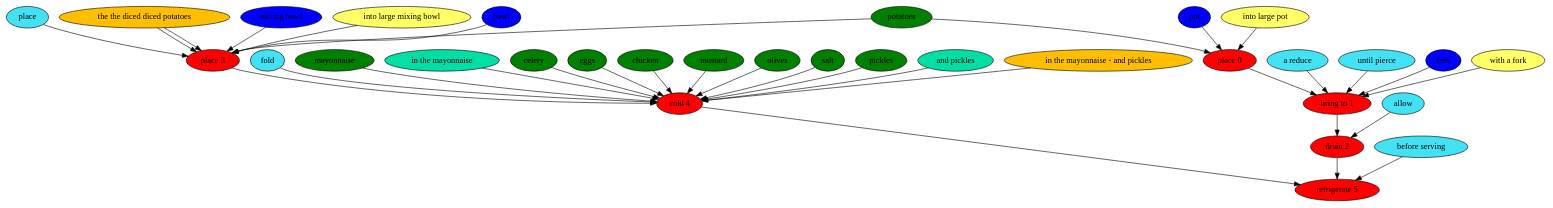
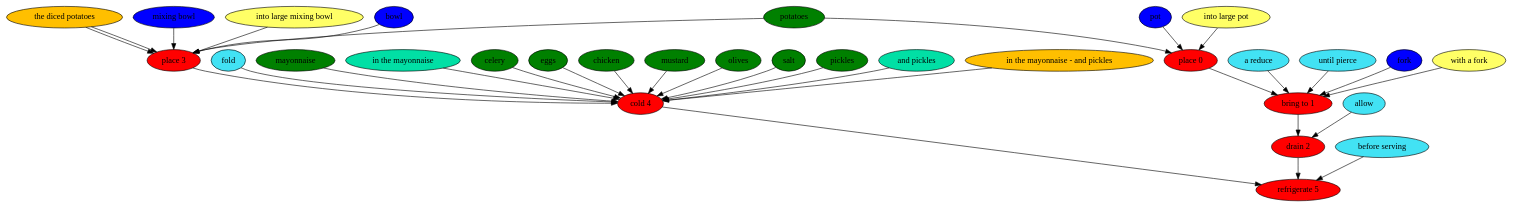
The diagram in results/paper/easy-salad-olivieh.dot (can-keklik/RecipePostagger), drawn with Graphviz before and after one commit. The commit also changed 70 other files, not shown here.

```diff
--- a/results/paper/easy-salad-olivieh.dot
+++ b/results/paper/easy-salad-olivieh.dot
@@ -1,69 +1,67 @@
 digraph G {
 "place 0" [style=filled, fillcolor=red];
 potatoes [style=filled, fillcolor=green];
 potatoes -> "place 0";
 pot [style=filled, fillcolor="#0000ff"];
 pot -> "place 0";
 "into large pot" [style=filled, fillcolor="#ffff66"];
 "into large pot" -> "place 0";
 "bring to 1" [style=filled, fillcolor=red];
 "a reduce" [style=filled, fillcolor="#42e2f4"];
 "a reduce" -> "bring to 1";
 "until pierce" [style=filled, fillcolor="#42e2f4"];
 "until pierce" -> "bring to 1";
 fork [style=filled, fillcolor="#0000ff"];
 fork -> "bring to 1";
 "with a fork" [style=filled, fillcolor="#ffff66"];
 "with a fork" -> "bring to 1";
 "drain 2" [style=filled, fillcolor=red];
 allow [style=filled, fillcolor="#42e2f4"];
 allow -> "drain 2";
 "place 3" [style=filled, fillcolor=red];
-place [style=filled, fillcolor="#42e2f4"];
-place -> "place 3";
 potatoes [style=filled, fillcolor=green];
 potatoes -> "place 3";
-"the the diced diced potatoes" [style=filled, fillcolor="#01DFA5"];
-"the the diced diced potatoes" -> "place 3";
+"the diced potatoes" [style=filled, fillcolor="#01DFA5"];
+"the diced potatoes" -> "place 3";
 "mixing bowl" [style=filled, fillcolor="#0000ff"];
 "mixing bowl" -> "place 3";
 "into large mixing bowl" [style=filled, fillcolor="#ffff66"];
 "into large mixing bowl" -> "place 3";
 bowl [style=filled, fillcolor="#0000ff"];
 bowl -> "place 3";
-"the the diced diced potatoes" [style=filled, fillcolor="#FFBF00"];
-"the the diced diced potatoes" -> "place 3";
+"the diced potatoes" [style=filled, fillcolor="#FFBF00"];
+"the diced potatoes" -> "place 3";
 "cold 4" [style=filled, fillcolor=red];
 fold [style=filled, fillcolor="#42e2f4"];
 fold -> "cold 4";
 mayonnaise [style=filled, fillcolor=green];
 mayonnaise -> "cold 4";
 "in the mayonnaise" [style=filled, fillcolor="#01DFA5"];
 "in the mayonnaise" -> "cold 4";
 celery [style=filled, fillcolor=green];
 celery -> "cold 4";
 eggs [style=filled, fillcolor=green];
 eggs -> "cold 4";
 chicken [style=filled, fillcolor=green];
 chicken -> "cold 4";
 mustard [style=filled, fillcolor=green];
 mustard -> "cold 4";
 olives [style=filled, fillcolor=green];
 olives -> "cold 4";
 salt [style=filled, fillcolor=green];
 salt -> "cold 4";
 pickles [style=filled, fillcolor=green];
 pickles -> "cold 4";
 "and pickles" [style=filled, fillcolor="#01DFA5"];
 "and pickles" -> "cold 4";
 "in the mayonnaise - and pickles" [style=filled, fillcolor="#FFBF00"];
 "in the mayonnaise - and pickles" -> "cold 4";
 "refrigerate 5" [style=filled, fillcolor=red];
 "before serving" [style=filled, fillcolor="#42e2f4"];
 "before serving" -> "refrigerate 5";
 "place 0" -> "bring to 1";
 "bring to 1" -> "drain 2";
 "drain 2" -> "refrigerate 5";
 "place 3" -> "cold 4";
 "cold 4" -> "refrigerate 5";
 }
```
